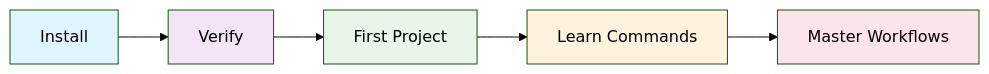
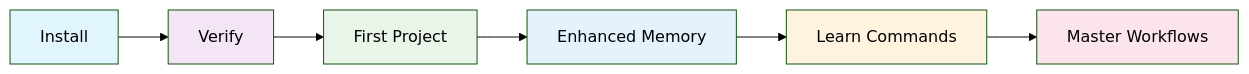
One commit to randy888chan/Stigmergy changed the diagram in docs/getting-started/index.md. Above: the diagram before and after it, drawn with Mermaid (forest theme). The commit also changed other lines of this file and 12 other files, not shown here.

````diff
--- a/docs/getting-started/index.md
+++ b/docs/getting-started/index.md
@@ -9,13 +9,15 @@
 ```mermaid
 graph LR
     A[Install] --> B[Verify]
     B --> C[First Project]
-    C --> D[Learn Commands]
-    D --> E[Master Workflows]
+    C --> D[Enhanced Memory]
+    D --> E[Learn Commands]
+    E --> F[Master Workflows]
     
     style A fill:#e1f5fe
     style B fill:#f3e5f5
     style C fill:#e8f5e8
-    style D fill:#fff3e0
-    style E fill:#fce4ec
+    style D fill:#e3f2fd
+    style E fill:#fff3e0
+    style F fill:#fce4ec
 ```
````
